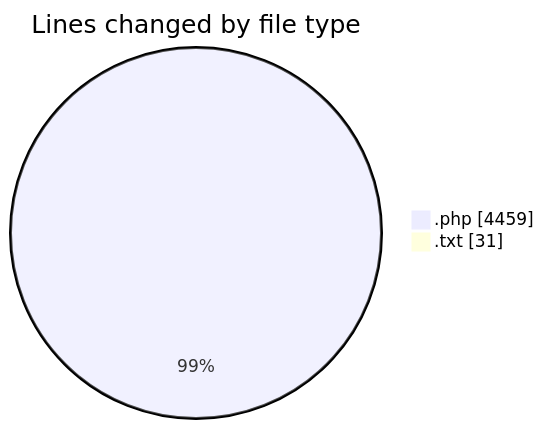
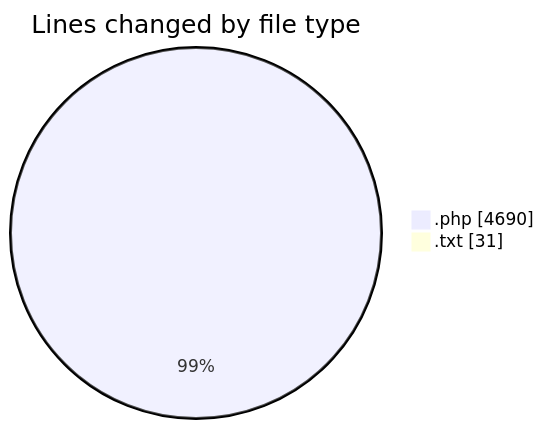
Before and after one commit to debugP/code-tracking: the first of 2 diagrams in 2025-10-17/untitled__workspace_/README.md, drawn with Mermaid. The commit also changed other lines of this file and 1 other file, not shown here.

````diff
--- a/2025-10-17/untitled__workspace_/README.md
+++ b/2025-10-17/untitled__workspace_/README.md
@@ -23,6 +23,6 @@
 ```mermaid
 pie showData
 title Lines changed by file type
-".php" : 4459
+".php" : 4690
 ".txt" : 31
 ```
````
